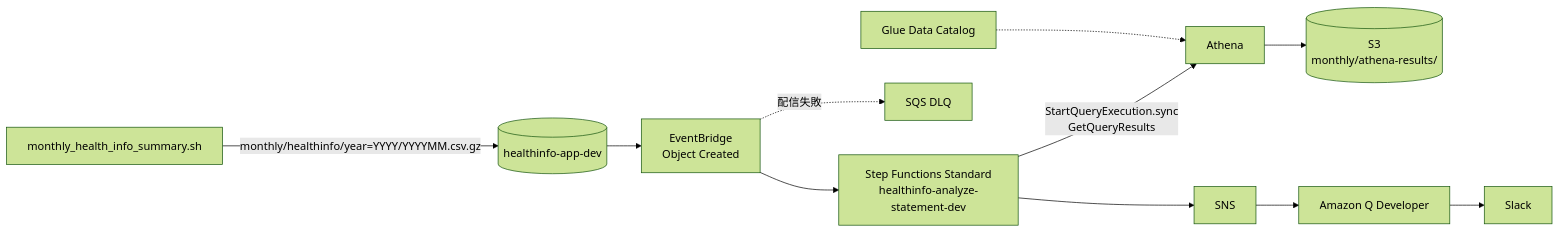
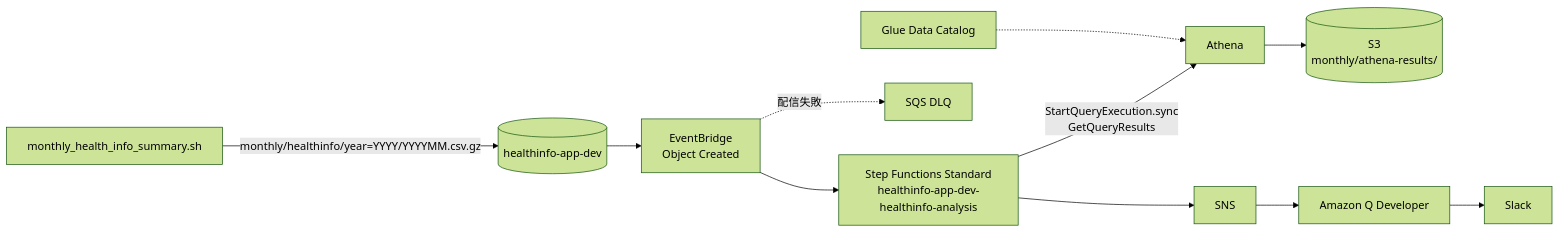
One commit to kohei-okazaki/work-3g changed the diagram in ha-build/aws/IaC/README.md. Above: the diagram before and after it, drawn with Mermaid (forest theme). The commit also changed other lines of this file and 5 other files, not shown here.

````diff
--- a/ha-build/aws/IaC/README.md
+++ b/ha-build/aws/IaC/README.md
@@ -195,11 +195,11 @@
 ```mermaid
 flowchart LR
     Batch["monthly_health_info_summary.sh"] -->|"monthly/healthinfo/year=YYYY/YYYYMM.csv.gz"| S3[("healthinfo-app-dev")]
     S3 --> EventBridge["EventBridge<br/>Object Created"]
-    EventBridge --> SF["Step Functions Standard<br/>healthinfo-analyze-statement-dev"]
+    EventBridge --> SF["Step Functions Standard<br/>healthinfo-app-dev-healthinfo-analysis"]
     EventBridge -.->|"配信失敗"| DLQ["SQS DLQ"]
     SF -->|"StartQueryExecution.sync<br/>GetQueryResults"| Athena["Athena"]
     Glue["Glue Data Catalog"] -.-> Athena
     Athena --> Results[("S3<br/>monthly/athena-results/")]
     SF --> SNS["SNS"] --> Q["Amazon Q Developer"] --> Slack["Slack"]
 ```
````
